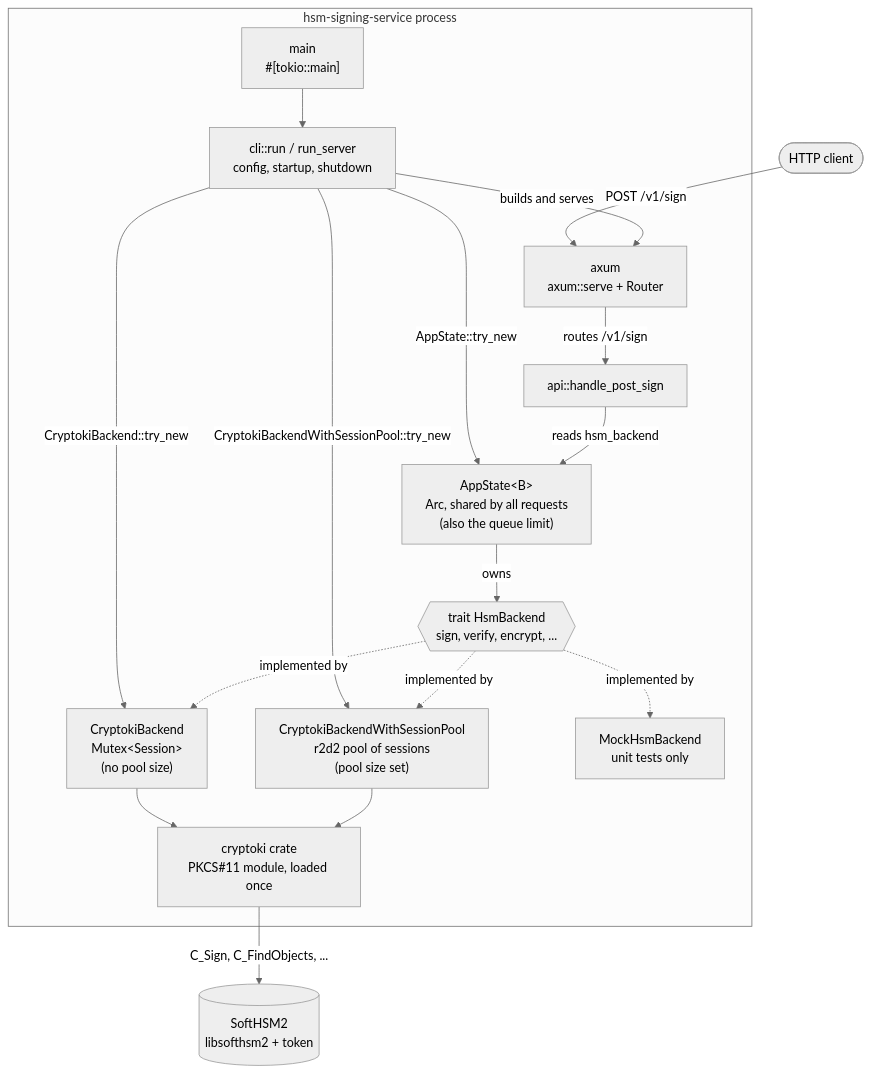
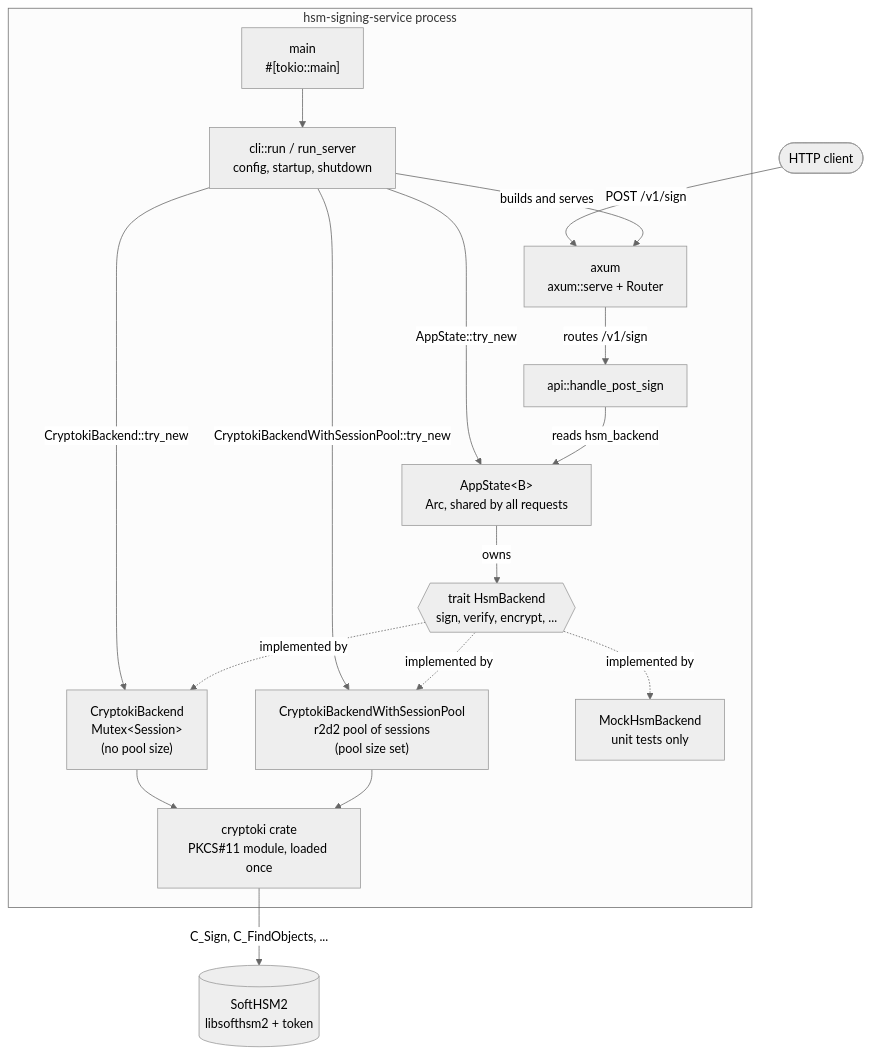
The first of 3 diagrams in docs/call_flow.md (aisrael/hsm-signing-service), drawn with Mermaid (neutral theme) before and after one commit. The commit also changed other lines of this file and 8 other files, not shown here.

````diff
--- a/docs/call_flow.md
+++ b/docs/call_flow.md
@@ -16,35 +16,35 @@
 ```mermaid
 flowchart TB
     client([HTTP client])
 
     subgraph process["hsm-signing-service process"]
         main["main<br/>#[tokio::main]"]
         cli["cli::run / run_server<br/>config, startup, shutdown"]
         axum["axum<br/>axum::serve + Router"]
         handler["api::handle_post_sign"]
-        state["AppState&lt;B&gt;<br/>Arc, shared by all requests<br/>(also the queue limit)"]
+        state["AppState&lt;B&gt;<br/>Arc, shared by all requests"]
         trait{{"trait HsmBackend<br/>sign, verify, encrypt, ..."}}
         cryptoki["CryptokiBackend<br/>Mutex&lt;Session&gt;<br/>(no pool size)"]
         pooled["CryptokiBackendWithSessionPool<br/>r2d2 pool of sessions<br/>(pool size set)"]
         mock["MockHsmBackend<br/>unit tests only"]
         module["cryptoki crate<br/>PKCS#11 module, loaded once"]
     end
 
     softhsm[("SoftHSM2<br/>libsofthsm2 + token")]
 
     client -->|"POST /v1/sign"| axum
     main --> cli
     cli -->|"builds and serves"| axum
     cli -->|"CryptokiBackend::try_new"| cryptoki
     cli -->|"CryptokiBackendWithSessionPool::try_new"| pooled
     cli -->|"AppState::try_new"| state
     axum -->|"routes /v1/sign"| handler
     handler -->|"reads hsm_backend"| state
     state -->|"owns"| trait
     trait -.->|"implemented by"| cryptoki
     trait -.->|"implemented by"| pooled
     trait -.->|"implemented by"| mock
     cryptoki --> module
     pooled --> module
     module -->|"C_Sign, C_FindObjects, ..."| softhsm
 ```
````
